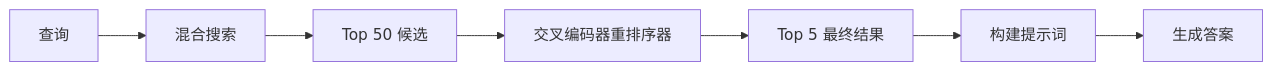
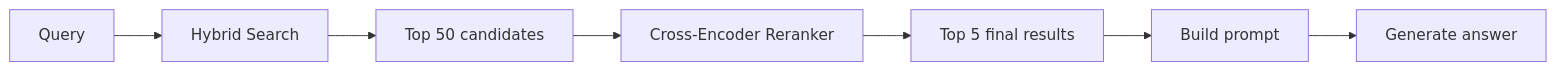
One commit to xiaojiaenen/ai-engineering-from-scratch-zh changed the first of 3 diagrams in i18n/zh/phases/11-llm-engineering/07-advanced-rag/docs/zh.md. Above: the diagram before and after it, drawn with Mermaid. The commit also changed other lines of this file and 17 other files, not shown here.

````diff
--- a/i18n/zh/phases/11-llm-engineering/07-advanced-rag/docs/zh.md
+++ b/i18n/zh/phases/11-llm-engineering/07-advanced-rag/docs/zh.md
@@ -76,9 +76,9 @@
 ```mermaid
 graph LR
-    Q["查询"] --> H["混合搜索"]
-    H --> C50["Top 50 候选"]
-    C50 --> RR["交叉编码器重排序器"]
-    RR --> C5["Top 5 最终结果"]
-    C5 --> P["构建提示词"]
-    P --> LLM["生成答案"]
+    Q["Query"] --> H["Hybrid Search"]
+    H --> C50["Top 50 candidates"]
+    C50 --> RR["Cross-Encoder Reranker"]
+    RR --> C5["Top 5 final results"]
+    C5 --> P["Build prompt"]
+    P --> LLM["Generate answer"]
 ```
````
